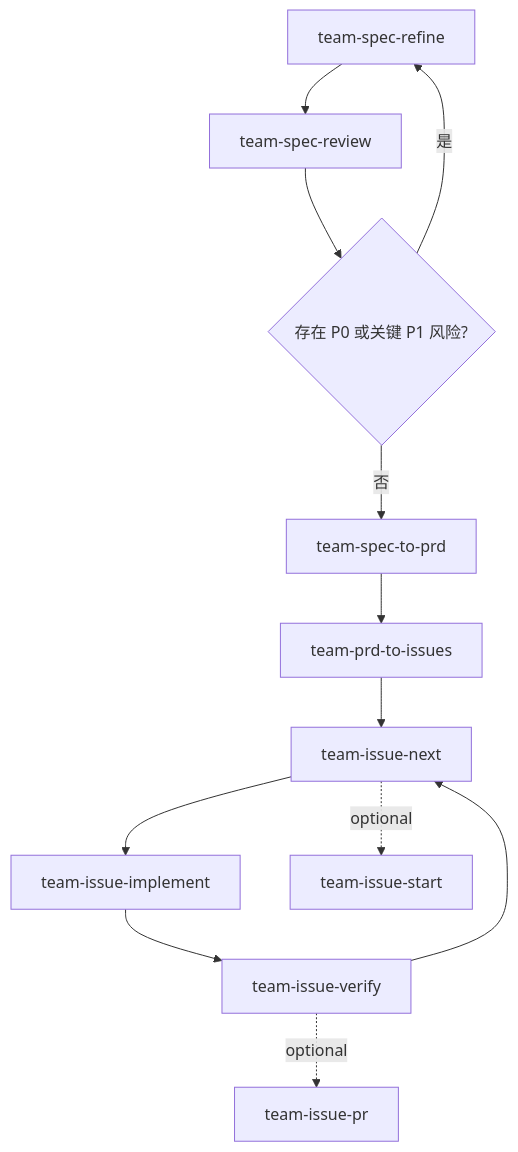
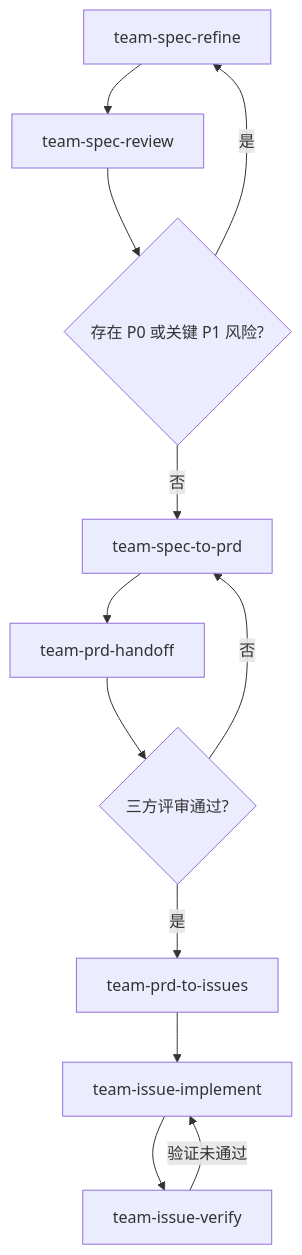
The diagram in README.md (coolbeevip/team-ai-skills), drawn with Mermaid before and after one commit. The commit also changed other lines of this file, not shown here.

Commit message:
Update README: remove deleted skills, add team-prd-handoff
- Remove team-issue-next, team-issue-start, team-issue-pr references
- Update Mermaid workflow diagram to reflect current skill chain
- Add team-prd-handoff as the spec→engineering gate
- Update artifact chain to include {slug}-handoff.md

````diff
--- a/README.md
+++ b/README.md
@@ -17,14 +17,14 @@
 ```mermaid
 flowchart TD
     A[team-spec-refine] --> B[team-spec-review]
     B --> C{存在 P0 或关键 P1 风险?}
     C -- 是 --> A
     C -- 否 --> D[team-spec-to-prd]
-    D --> E[team-prd-to-issues]
-    E --> F[team-issue-next]
+    D --> H[team-prd-handoff]
+    H --> E{三方评审通过?}
+    E -- 否 --> D
+    E -- 是 --> F[team-prd-to-issues]
     F --> G[team-issue-implement]
-    G --> H[team-issue-verify]
-    H --> F
-    F -. optional .-> S[team-issue-start]
-    H -. optional .-> P[team-issue-pr]
+    G --> I[team-issue-verify]
+    I -- 验证未通过 --> G
 ```
````
